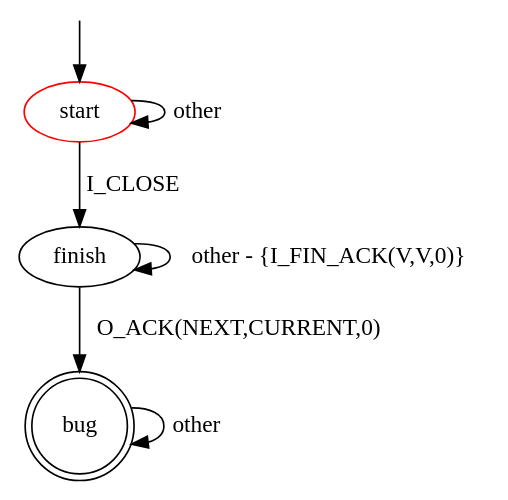
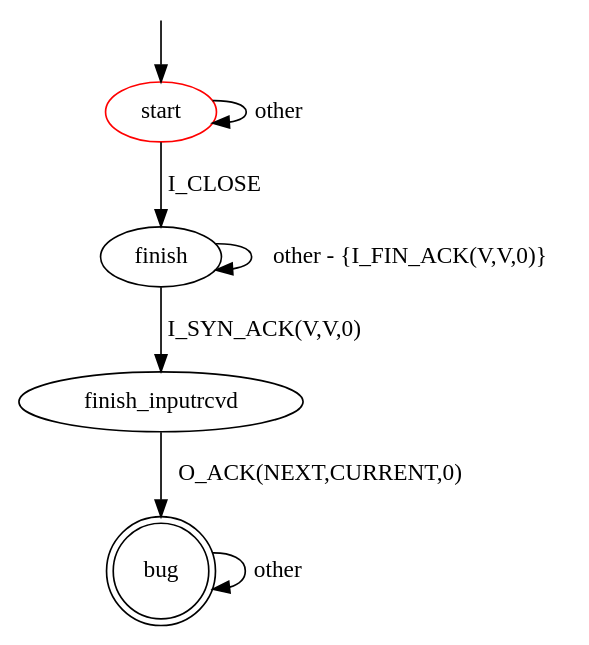
The diagram in src/main/resources/patterns/tcp/client/invalid_response_to_synack_fin_wait.dot (assist-project/state-machine-bug-finder), drawn with Graphviz before and after one commit. The commit also changed 13 other files, not shown here.

```diff
--- a/src/main/resources/patterns/tcp/client/invalid_response_to_synack_fin_wait.dot
+++ b/src/main/resources/patterns/tcp/client/invalid_response_to_synack_fin_wait.dot
@@ -1,15 +1,16 @@
 digraph G {
 label=""
 start [color="red"]
 bug [shape="doublecircle"]
 
 start -> finish [label="I_CLOSE"]
 start -> start [label="other"]
 finish -> finish [label="other - {I_FIN_ACK(V,V,0)}"]
-finish -> bug [label="O_ACK(NEXT,CURRENT,0)"]
+finish -> finish_inputrcvd [label="I_SYN_ACK(V,V,0)"]
+finish_inputrcvd -> bug [label="O_ACK(NEXT,CURRENT,0)"]
 
 bug -> bug [label="other"]
 
 __start0 [label="" shape="none" width="0" height="0"];
 __start0 -> start;
 }
```
